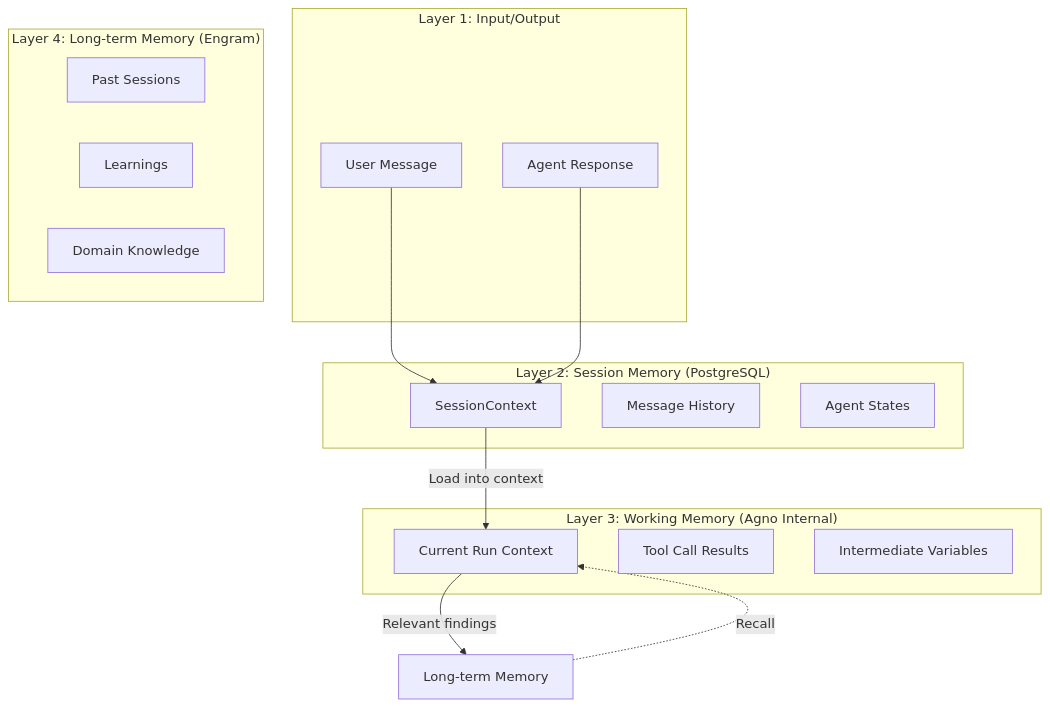
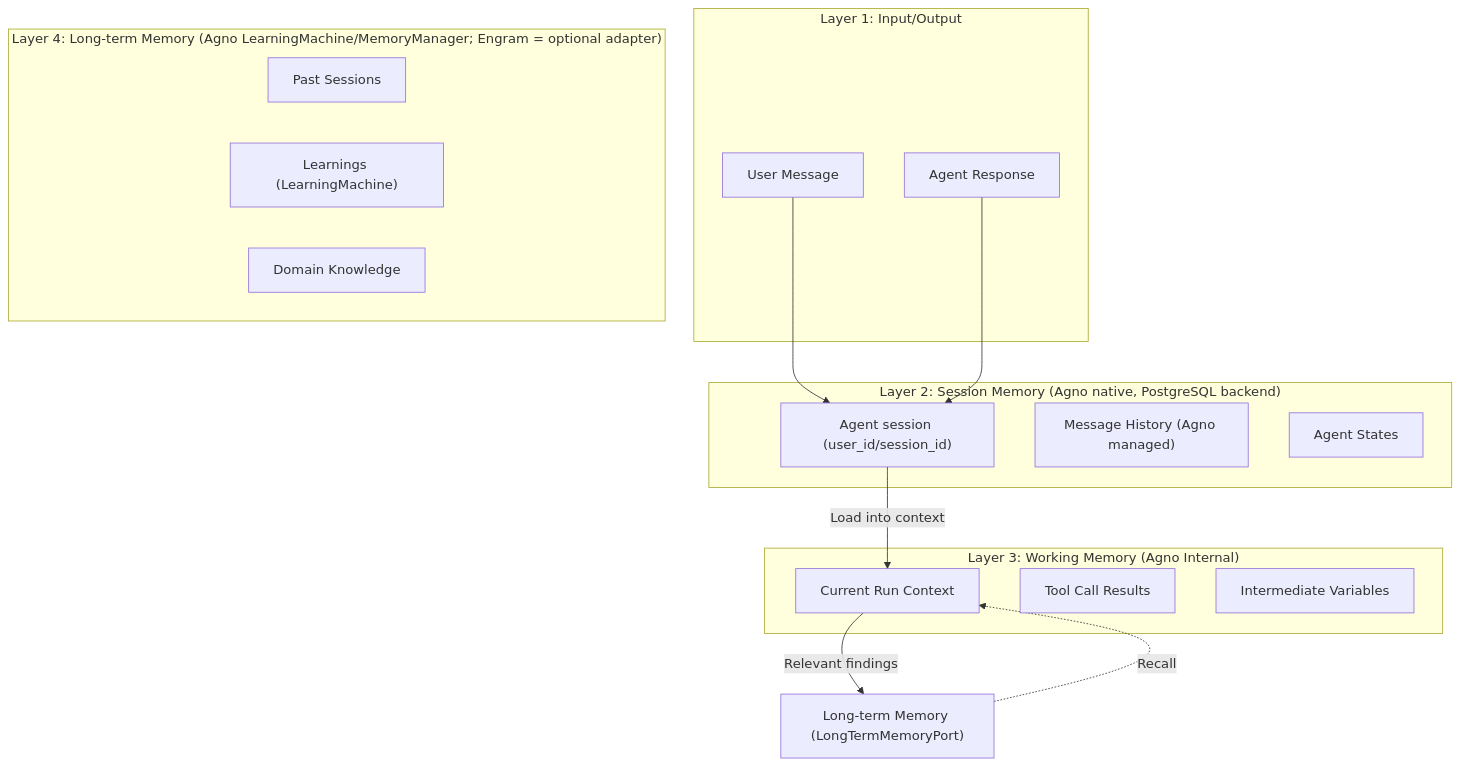
The diagram in specs/SPEC_04_MEMORY_ARCHITECTURE.md (CENFARG/yaml-agno), drawn with Mermaid before and after one commit. The commit also changed other lines of this file, not shown here.

````diff
--- a/specs/SPEC_04_MEMORY_ARCHITECTURE.md
+++ b/specs/SPEC_04_MEMORY_ARCHITECTURE.md
@@ -23,31 +26,31 @@
 ```mermaid
 graph TB
     subgraph L1 ["Layer 1: Input/Output"]
         UM["User Message"]
         AR["Agent Response"]
     end
 
-    subgraph L2 ["Layer 2: Session Memory (PostgreSQL)"]
-        SC["SessionContext"]
-        MH["Message History"]
+    subgraph L2 ["Layer 2: Session Memory (Agno native, PostgreSQL backend)"]
+        SC["Agent session (user_id/session_id)"]
+        MH["Message History (Agno managed)"]
         AST["Agent States"]
     end
 
     subgraph L3 ["Layer 3: Working Memory (Agno Internal)"]
         CRC["Current Run Context"]
         TCR["Tool Call Results"]
         IV["Intermediate Variables"]
     end
 
-    subgraph L4 ["Layer 4: Long-term Memory (Engram)"]
+    subgraph L4 ["Layer 4: Long-term Memory (Agno LearningMachine/MemoryManager; Engram = optional adapter)"]
         PS["Past Sessions"]
-        LRN["Learnings"]
+        LRN["Learnings (LearningMachine)"]
         DK["Domain Knowledge"]
     end
 
     UM --> SC
     AR --> SC
     SC --> |Load into context| CRC
-    CRC --> |Relevant findings| LTM["Long-term Memory"]
+    CRC --> |Relevant findings| LTM["Long-term Memory (LongTermMemoryPort)"]
     LTM -.-> |Recall| CRC
 ```
````
